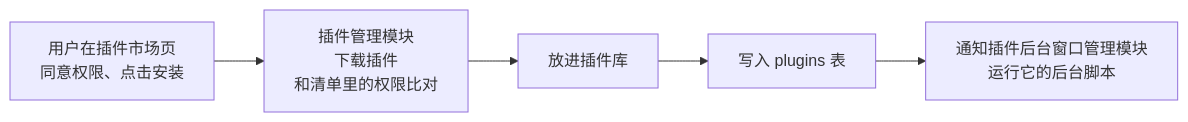
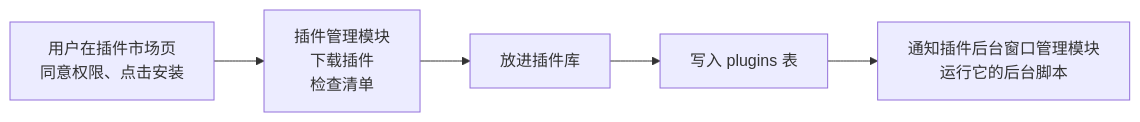
One commit to Tomotsugu-dev/Hindsight changed the third of 7 diagrams in docs/design/plugins/zh/plugins-architecture.md. Above: the diagram before and after it, drawn with Mermaid. The commit also changed other lines of this file and 11 other files, not shown here.

````diff
--- a/docs/design/plugins/zh/plugins-architecture.md
+++ b/docs/design/plugins/zh/plugins-architecture.md
@@ -124,4 +124,4 @@
 ```mermaid
 flowchart LR
-  U["用户在插件市场页<br/>同意权限、点击安装"] --> M1["插件管理模块<br/>下载插件<br/>和清单里的权限比对"] --> M2["放进插件库"] --> M3["写入 plugins 表"] --> M4["通知插件后台窗口管理模块<br/>运行它的后台脚本"]
+  U["用户在插件市场页<br/>同意权限、点击安装"] --> M1["插件管理模块<br/>下载插件<br/>检查清单"] --> M2["放进插件库"] --> M3["写入 plugins 表"] --> M4["通知插件后台窗口管理模块<br/>运行它的后台脚本"]
 ```
````
